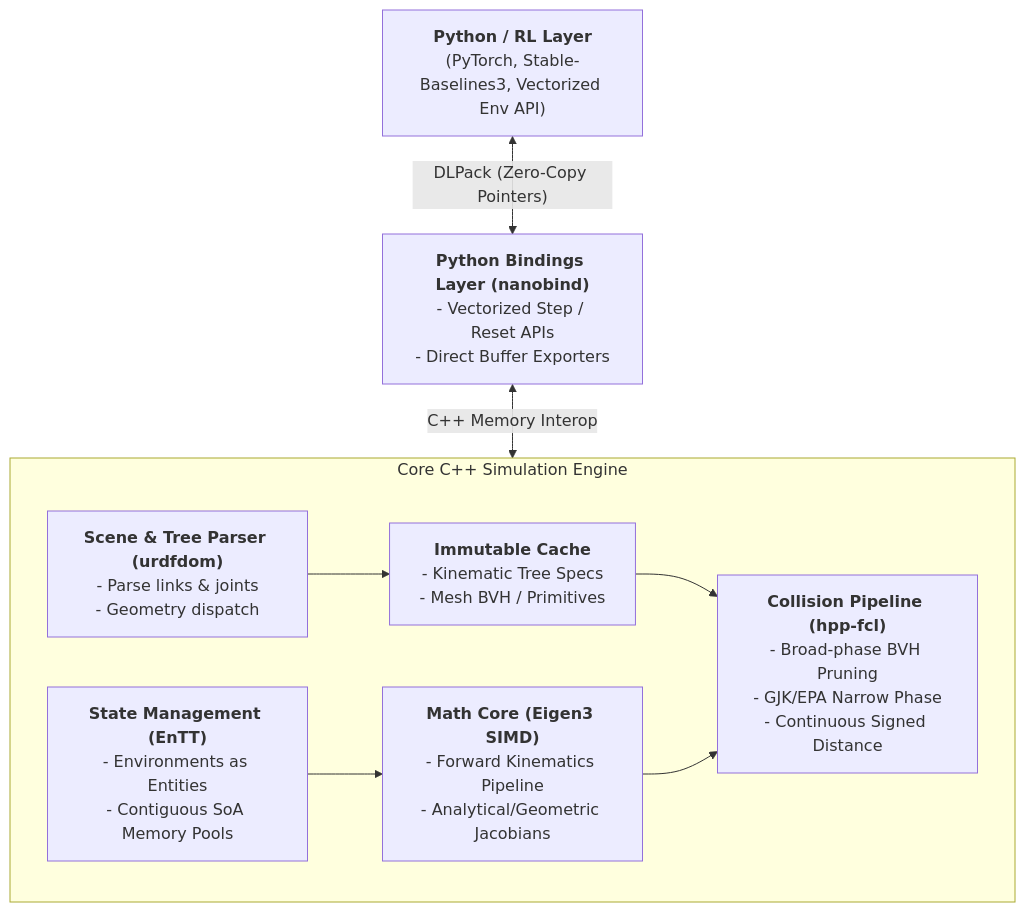
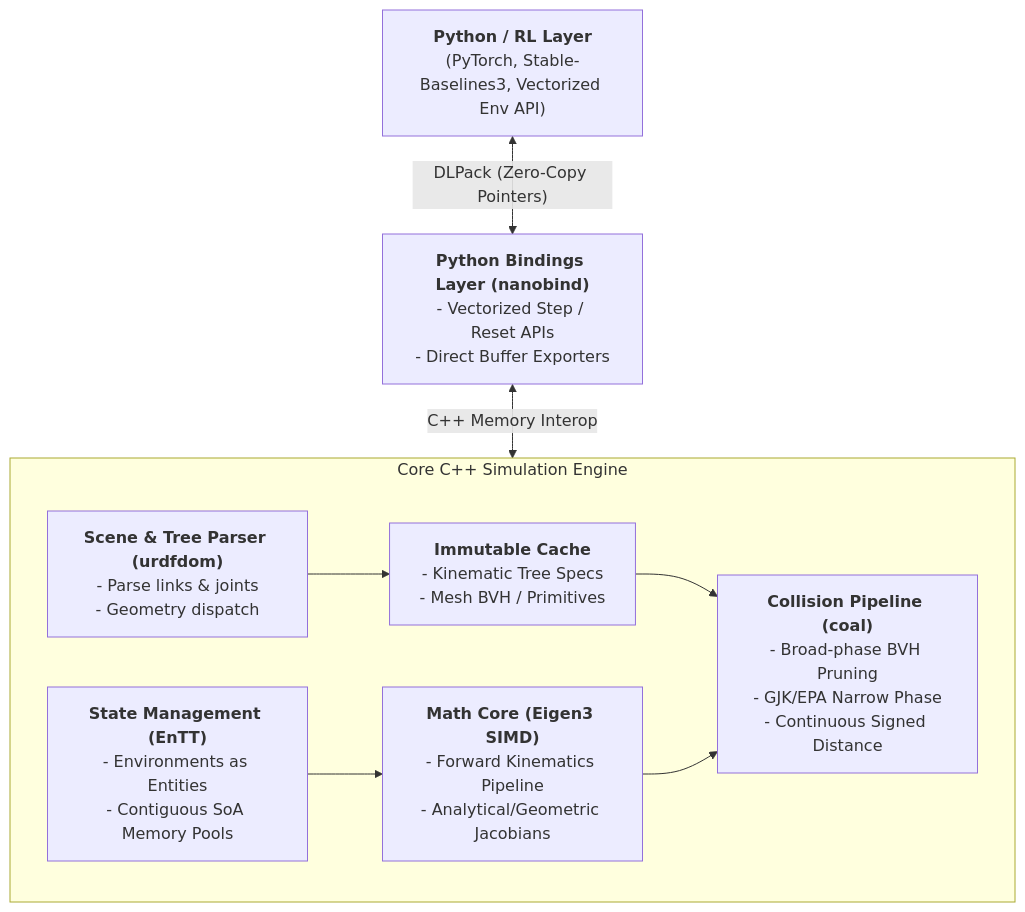
The diagram in docs/IMPLEMENTATION.md (ShUbHkHaNdElWaL493/KRLSim), drawn with Mermaid before and after one commit. The commit also changed other lines of this file and 11 other files, not shown here.

````diff
--- a/docs/IMPLEMENTATION.md
+++ b/docs/IMPLEMENTATION.md
@@ -12,23 +12,23 @@
 ```mermaid
 flowchart TD
     RL["<b>Python / RL Layer</b><br/>(PyTorch, Stable-Baselines3, Vectorized Env API)"]
     Bindings["<b>Python Bindings Layer (nanobind)</b><br/>- Vectorized Step / Reset APIs<br/>- Direct Buffer Exporters"]
 
     RL <-->|"DLPack (Zero-Copy Pointers)"| Bindings
     Bindings <-->|"C++ Memory Interop"| Engine
 
     subgraph Engine["Core C++ Simulation Engine"]
         Parser["<b>Scene & Tree Parser (urdfdom)</b><br/>- Parse links & joints<br/>- Geometry dispatch"]
         State["<b>State Management (EnTT)</b><br/>- Environments as Entities<br/>- Contiguous SoA Memory Pools"]
         
         Cache["<b>Immutable Cache</b><br/>- Kinematic Tree Specs<br/>- Mesh BVH / Primitives"]
         Math["<b>Math Core (Eigen3 SIMD)</b><br/>- Forward Kinematics Pipeline<br/>- Analytical/Geometric Jacobians"]
         
-        Collision["<b>Collision Pipeline (hpp-fcl)</b><br/>- Broad-phase BVH Pruning<br/>- GJK/EPA Narrow Phase<br/>- Continuous Signed Distance"]
+        Collision["<b>Collision Pipeline (coal)</b><br/>- Broad-phase BVH Pruning<br/>- GJK/EPA Narrow Phase<br/>- Continuous Signed Distance"]
 
         Parser --> Cache
         State --> Math
         Cache --> Collision
         Math --> Collision
     end
 ```
````
